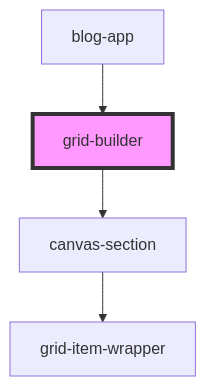
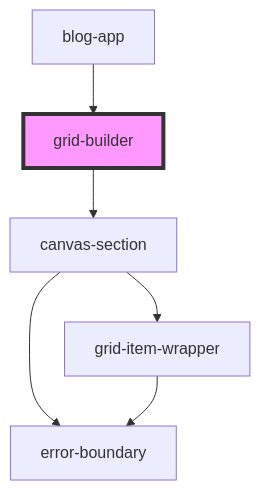
The diagram in stencil-grid-builder/src/components/grid-builder/readme.md (lucidworks/grid-builder-poc), drawn with Mermaid before and after one commit. The commit also changed 1 other file, not shown here.

Commit message:
feat(error-boundary): integrate error boundary into grid-builder
Create GridErrorAdapter and pass to child components:
- Level 1 (Critical) error isolation at builder level
- Instantiate GridErrorAdapter with EventManager
- Pass errorAdapterInstance to canvas-section and item-wrapper
- Emit 'error' events via grid-builder API

Part of error boundary implementation (8/14)

🤖 Generated with [Claude Code](https://claude.com/claude-code)

````diff
--- a/stencil-grid-builder/src/components/grid-builder/readme.md
+++ b/stencil-grid-builder/src/components/grid-builder/readme.md
@@ -374,7 +374,9 @@
 ```mermaid
 graph TD;
   grid-builder --> canvas-section
+  canvas-section --> error-boundary
   canvas-section --> grid-item-wrapper
+  grid-item-wrapper --> error-boundary
   blog-app --> grid-builder
   style grid-builder fill:#f9f,stroke:#333,stroke-width:4px
 ```
````
